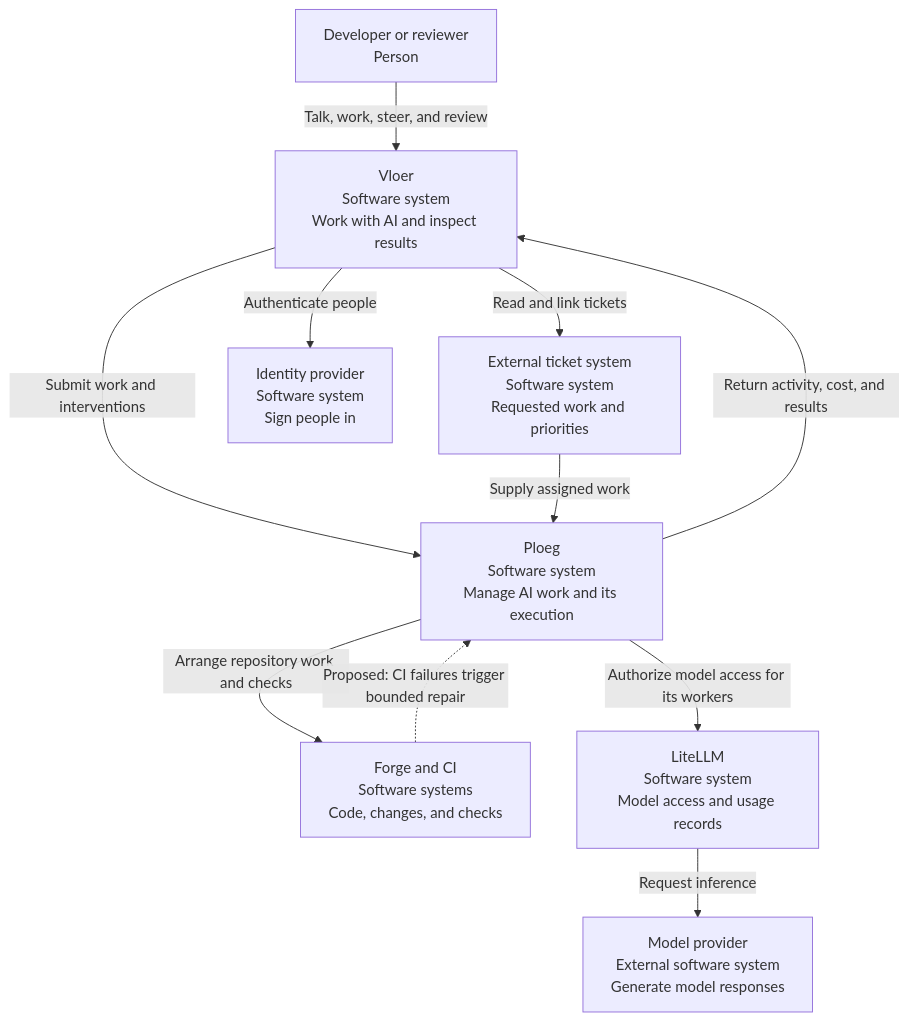
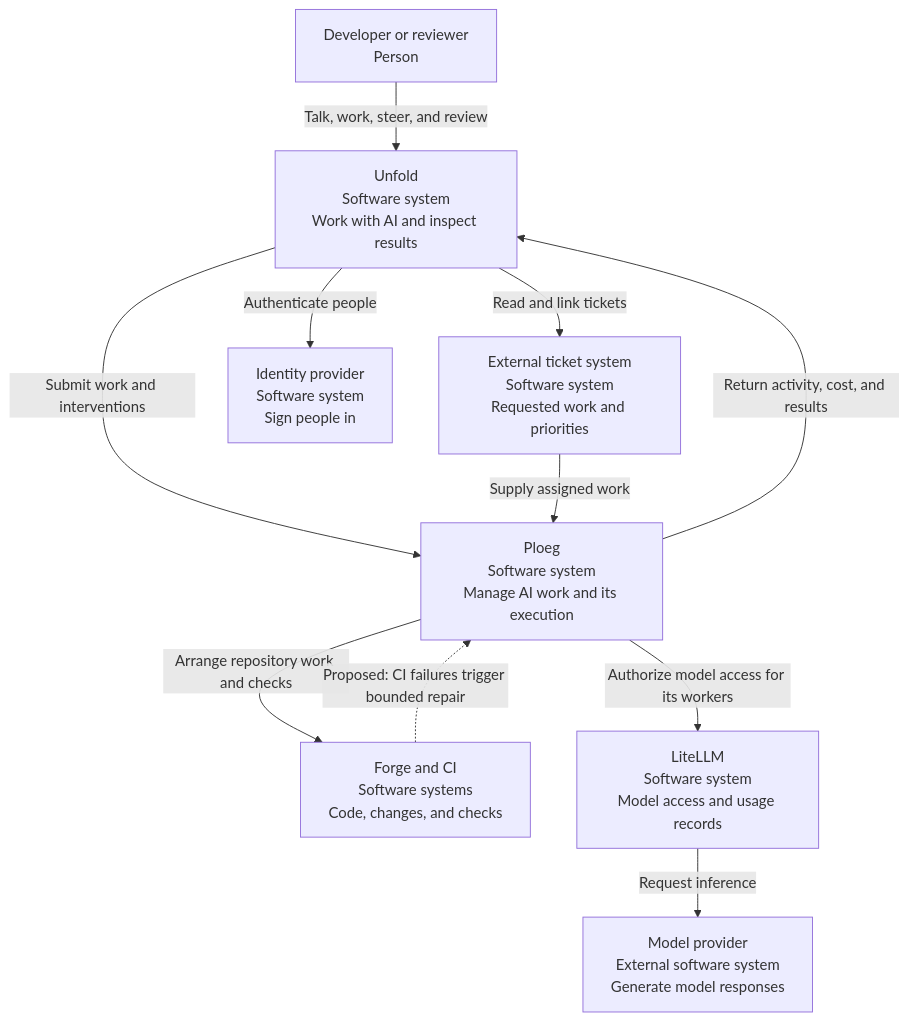
The first of 14 diagrams in docs/landscape/c4.md (webgrip/unfold), drawn with Mermaid before and after one commit. The commit also changed other lines of this file and 1136 other files, not shown here.

````diff
--- a/docs/landscape/c4.md
+++ b/docs/landscape/c4.md
@@ -13,21 +13,21 @@
 ```mermaid
 flowchart TB
     person["Developer or reviewer<br/>Person"]
-    vloer["Vloer<br/>Software system<br/>Work with AI and inspect results"]
+    unfold["Unfold<br/>Software system<br/>Work with AI and inspect results"]
     ploeg["Ploeg<br/>Software system<br/>Manage AI work and its execution"]
     tracker["External ticket system<br/>Software system<br/>Requested work and priorities"]
     forge["Forge and CI<br/>Software systems<br/>Code, changes, and checks"]
     gateway["LiteLLM<br/>Software system<br/>Model access and usage records"]
     provider["Model provider<br/>External software system<br/>Generate model responses"]
     identity["Identity provider<br/>Software system<br/>Sign people in"]
-    person -->|Talk, work, steer, and review| vloer
-    vloer -->|Submit work and interventions| ploeg
-    ploeg -->|Return activity, cost, and results| vloer
-    vloer -->|Read and link tickets| tracker
+    person -->|Talk, work, steer, and review| unfold
+    unfold -->|Submit work and interventions| ploeg
+    ploeg -->|Return activity, cost, and results| unfold
+    unfold -->|Read and link tickets| tracker
     tracker -->|Supply assigned work| ploeg
-    vloer -->|Authenticate people| identity
+    unfold -->|Authenticate people| identity
     ploeg -->|Arrange repository work and checks| forge
     ploeg -->|Authorize model access for its workers| gateway
     gateway -->|Request inference| provider
     forge -.->|Proposed: CI failures trigger bounded repair| ploeg
 ```
````
